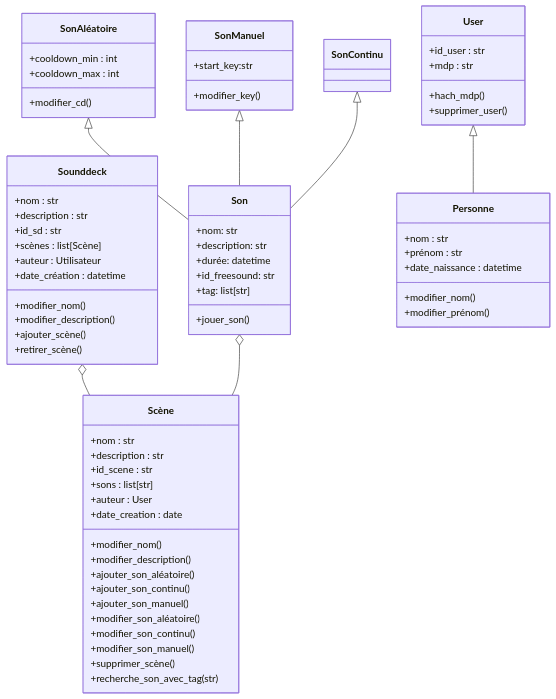
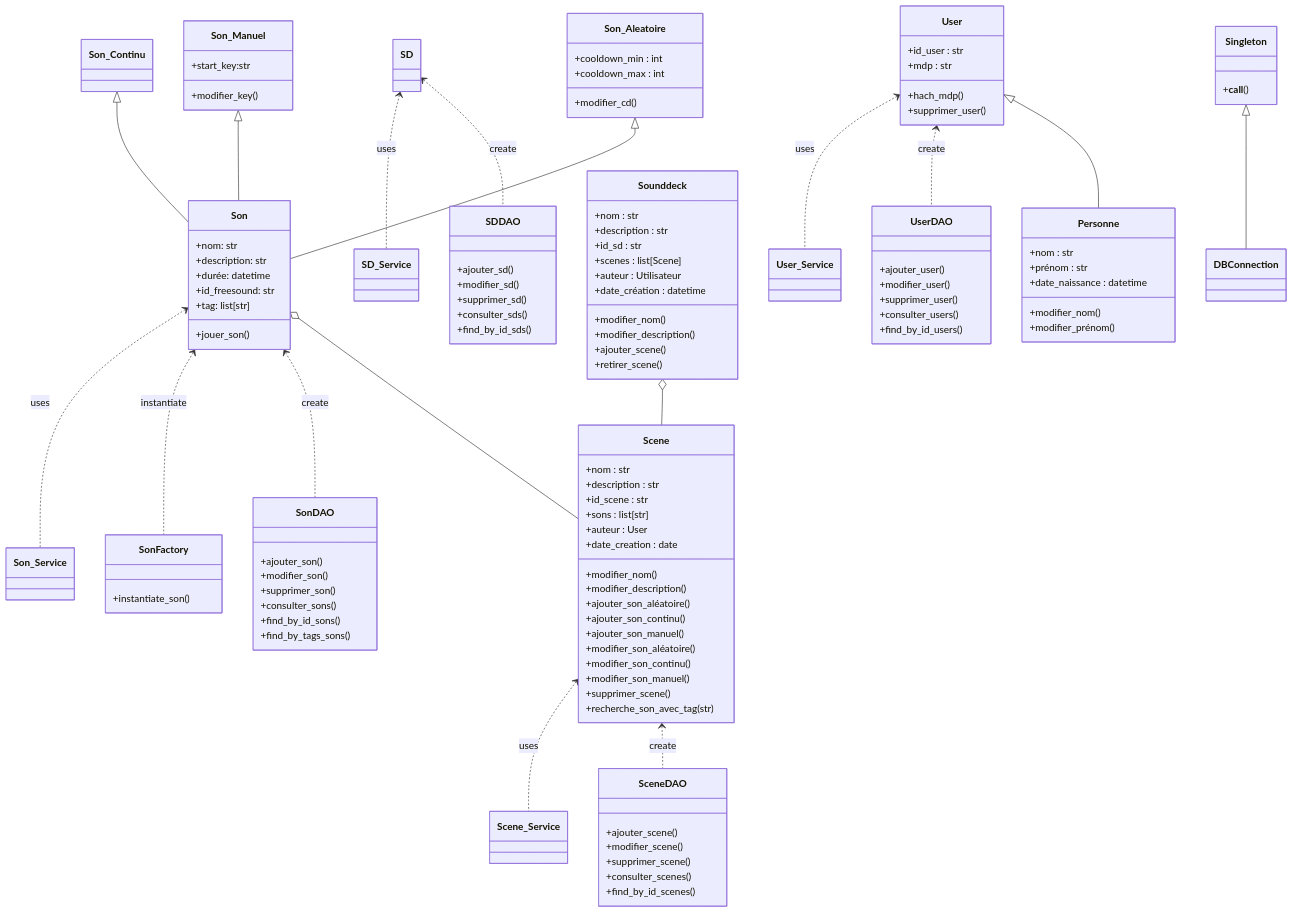
Before and after one commit to DatAlex987/Projet_info_2A_groupe4: the diagram in doc/diagramme_classes.md, drawn with Mermaid. The commit also changed 1 other file, not shown here.

Commit message:
ajout DAO Service diag de classes + modif suivi 4 Théo

````diff
--- a/doc/diagramme_classes.md
+++ b/doc/diagramme_classes.md
@@ -1,5 +1,45 @@
 ```mermaid
 classDiagram
+
+%% Classes DAO
+    class SonDAO {
+        +ajouter_son()
+        +modifier_son()
+        +supprimer_son()
+        +consulter_sons()
+        +find_by_id_sons()
+        +find_by_tags_sons()
+    }
+
+    class SceneDAO {
+        +ajouter_scene()
+        +modifier_scene()
+        +supprimer_scene()
+        +consulter_scenes()
+        +find_by_id_scenes()
+    }
+
+    class SDDAO {
+        +ajouter_sd()
+        +modifier_sd()
+        +supprimer_sd()
+        +consulter_sds()
+        +find_by_id_sds()
+    }
+
+    class UserDAO {
+        +ajouter_user()
+        +modifier_user()
+        +supprimer_user()
+        +consulter_users()
+        +find_by_id_users()
+    }
+
+    class SonFactory {
+        +instantiate_son()
+    }
+
+%% Classes OBJET
     class Son {
         +nom: str
         +description: str
@@ -8,23 +48,22 @@
         +tag: list[str]
         +jouer_son()
     }
-    
-    class Son Aléatoire {
+
+    class Son_Aleatoire {
         +cooldown_min : int
         +cooldown_max : int
         +modifier_cd()
     }
-    
-    class Son Manuel {
+
+    class Son_Manuel {
         +start_key:str
         +modifier_key()
     }
 
-    Son Aléatoire <|-- Son
-    Son Manuel <|-- Son
-    Son Continu <|-- Son
+    class Son_Continu {
+    }
 
-    class Scène {
+    class Scene {
         +nom : str
         +description : str
         +id_scene : str
@@ -39,21 +78,21 @@
         +modifier_son_aléatoire()
         +modifier_son_continu()
         +modifier_son_manuel()
-        +supprimer_scène()
+        +supprimer_scene()
         +recherche_son_avec_tag(str)
     }
-    
+
     class Sounddeck {
         +nom : str
         +description : str
         +id_sd : str
-        +scènes : list[Scène]
+        +scenes : list[Scene]
         +auteur : Utilisateur
         +date_création : datetime
         +modifier_nom()
         +modifier_description()
-        +ajouter_scène()
-        +retirer_scène()
+        +ajouter_scene()
+        +retirer_scene()
     }
 
     class Personne {
@@ -71,8 +110,51 @@
         +supprimer_user()
     }
 
+%% Classes Services
+
+    class Singleton{
+        +__call__()
+    }
+
+    class DBConnection{
+    }
+
+    class Son_Service{
+
+    }
+
+    class User_Service{
+
+    }
+
+    class Scene_Service{
+
+    }
+
+    class SD_Service{
+
+    }
+
+    %%Liens Objets
+    Son_Aleatoire <|-- Son
+    Son_Manuel <|-- Son
+    Son_Continu <|-- Son
     User <|-- Personne
-    Sounddeck o-- Scène
-    Son o-- Scène
+    Sounddeck o-- Scene
+    Son o-- Scene
+
+    %%Liens DAO
+    User <.. UserDAO : create
+    Son <.. SonDAO : create
+    Scene <.. SceneDAO : create
+    SD <.. SDDAO : create
+    Son <.. SonFactory : instantiate
+
+    %%Liens Services
+    Singleton <|-- DBConnection
+    Son <.. Son_Service : uses
+    Scene <.. Scene_Service : uses
+    SD <.. SD_Service : uses
+    User <.. User_Service : uses
 
 ```
````
